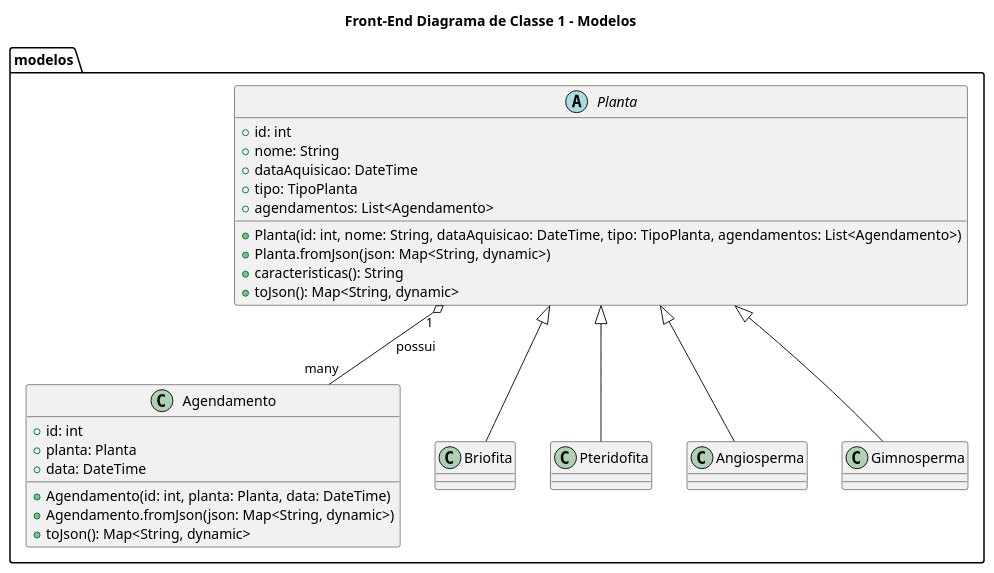
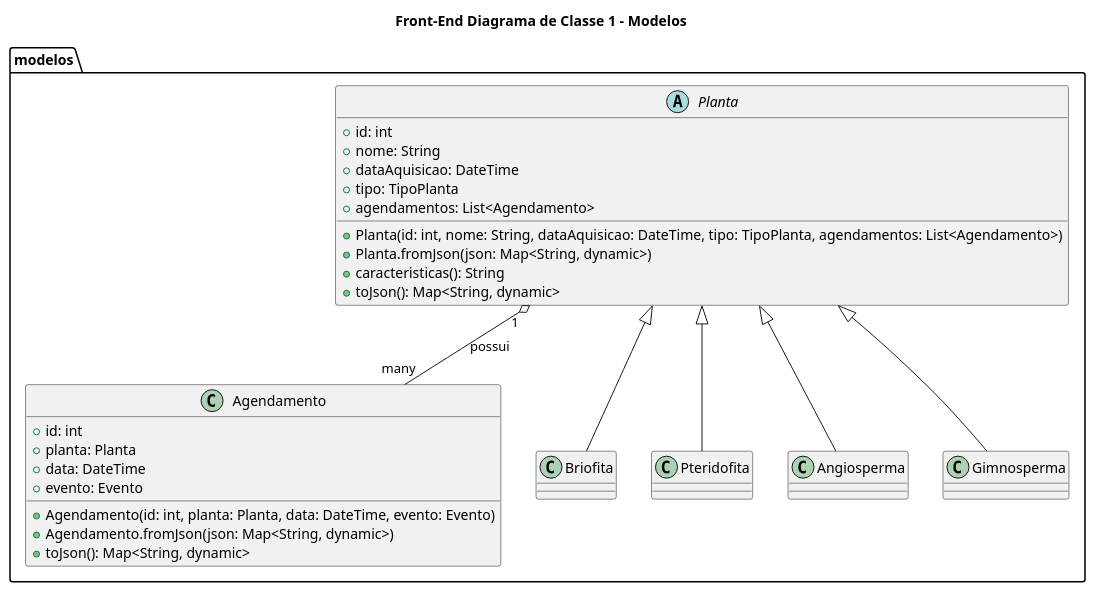
The diagram in docs/diagramas/src/diagramas_classe/frontend/diagrama_classe_1.plantuml (tiagors09/CareGardenProject), drawn with PlantUML before and after one commit. The commit also changed 1 other file, not shown here.

```diff
--- a/docs/diagramas/src/diagramas_classe/frontend/diagrama_classe_1.plantuml
+++ b/docs/diagramas/src/diagramas_classe/frontend/diagrama_classe_1.plantuml
@@ -1,40 +1,41 @@
 @startuml Diagrama_Classe_1
 title Front-End Diagrama de Classe 1 - Modelos
 
 package modelos {
   
   class Agendamento {
     +id: int
     +planta: Planta
     +data: DateTime
-    +Agendamento(id: int, planta: Planta, data: DateTime)
+    +evento: Evento
+    +Agendamento(id: int, planta: Planta, data: DateTime, evento: Evento)
     +Agendamento.fromJson(json: Map<String, dynamic>)
     +toJson(): Map<String, dynamic>
   }
 
   abstract class Planta {
     +id: int
     +nome: String
     +dataAquisicao: DateTime
     +tipo: TipoPlanta
     +agendamentos: List<Agendamento>
     +Planta(id: int, nome: String, dataAquisicao: DateTime, tipo: TipoPlanta, agendamentos: List<Agendamento>)
     +Planta.fromJson(json: Map<String, dynamic>)
     +caracteristicas(): String
     +toJson(): Map<String, dynamic>
   }
   
   class Briofita
   class Pteridofita
   class Angiosperma
   class Gimnosperma
 }
 
 Planta <|-- Briofita
 Planta <|-- Pteridofita
 Planta <|-- Angiosperma
 Planta <|-- Gimnosperma
 
 Planta "1" o-- "many" Agendamento : possui
 
 @enduml
```
